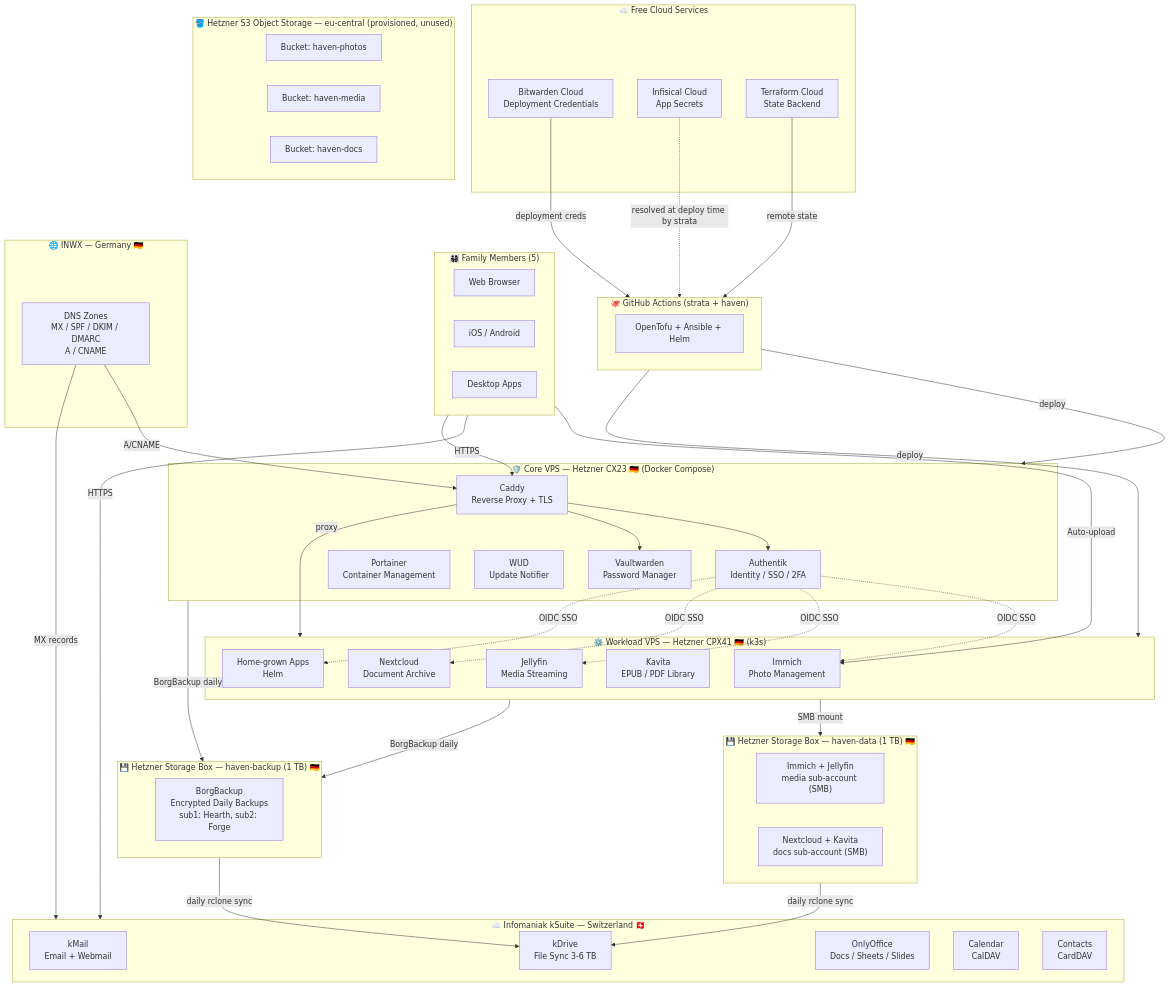
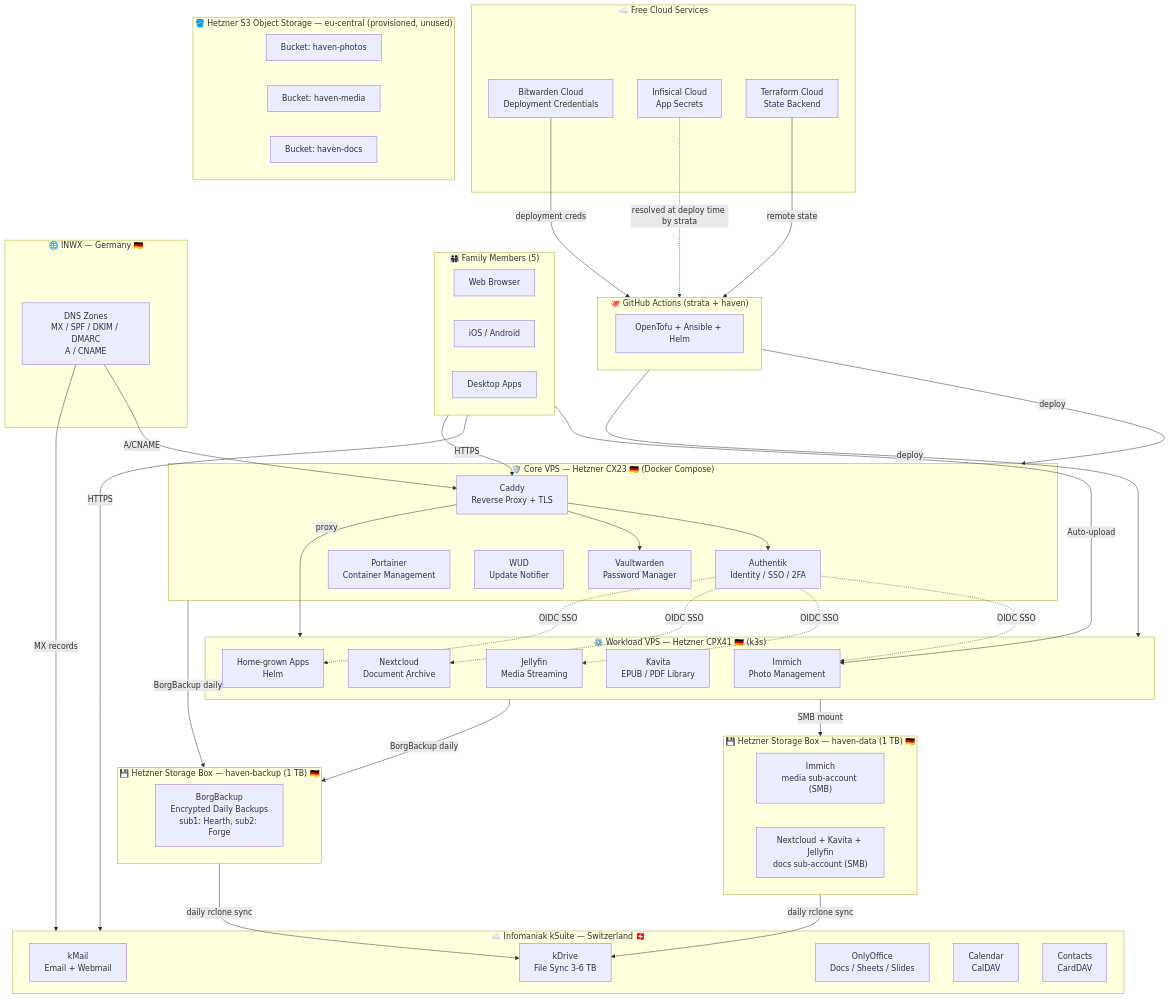
One commit to huybrechtsxyz/haven changed the diagram in docs/architecture.md. Above: the diagram before and after it, drawn with Mermaid. The commit also changed other lines of this file and 12 other files, not shown here.

Commit message:
Refactor Jellyfin and Nextcloud storage configurations: move Jellyfin media to docs sub-account for streamlined uploads via Nextcloud; update related documentation and deployment scripts.

```diff
--- a/docs/architecture.md
+++ b/docs/architecture.md
@@ -105,8 +105,8 @@
     end
 
     subgraph StorageData["💾 Hetzner Storage Box — haven-data (1 TB) 🇩🇪"]
-        ImmichFiles["Immich + Jellyfin<br/>media sub-account (SMB)"]
-        DocFiles["Nextcloud + Kavita<br/>docs sub-account (SMB)"]
+        ImmichFiles["Immich<br/>media sub-account (SMB)"]
+        DocFiles["Nextcloud + Kavita + Jellyfin<br/>docs sub-account (SMB)"]
     end
 
     subgraph DNS["🌐 INWX — Germany 🇩🇪"]
```
